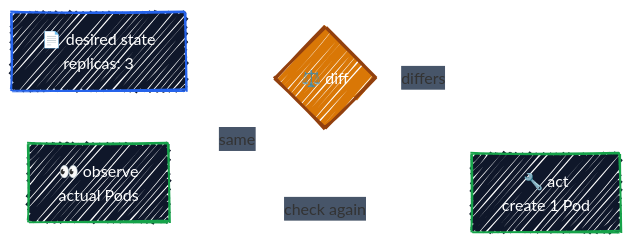
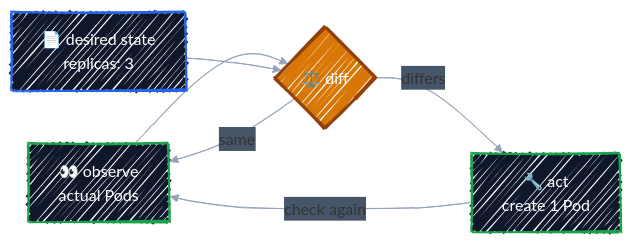
The diagram in docs/getting-started/what-is-kubernetes.md (r97221004/k8s-tutorial), drawn with Mermaid before and after one commit. The commit also changed 1 other file, not shown here.

Commit message:
docs: use gray diagram lines so they show in light and dark mode

````diff
--- a/docs/getting-started/what-is-kubernetes.md
+++ b/docs/getting-started/what-is-kubernetes.md
@@ -46,31 +46,31 @@
 ```mermaid
 ---
 config:
   look: handDrawn
   theme: default
   themeVariables:
     fontFamily: '"Comic Sans MS", "Comic Sans", "Segoe Print", "Bradley Hand", cursive'
-    lineColor: '#FFFFFF'
+    lineColor: '#94A3B8'
     edgeLabelBackground: '#475569'
   themeCSS: |
     .edgeLabel, .edgeLabel p, .edgeLabel span { color: #FFFFFF !important; }
 ---
 flowchart LR
     observe["👀 observe<br/>actual Pods"]
     desired["📄 desired state<br/>replicas: 3"]
     diff{"⚖️ diff"}
     act["🔧 act<br/>create 1 Pod"]
 
     observe --> diff
     desired --> diff
     diff -->|"differs"| act
     act -->|"check again"| observe
     diff -->|"same"| observe
 
     classDef ctrl fill:#0F172A,stroke:#2563EB,stroke-width:2px,color:#FFFFFF
     classDef eng fill:#D97706,stroke:#92400E,stroke-width:3px,color:#FFFFFF
     classDef tgt fill:#0F172A,stroke:#16A34A,stroke-width:2px,color:#FFFFFF
     class desired ctrl
     class diff eng
     class observe,act tgt
 ```
````
